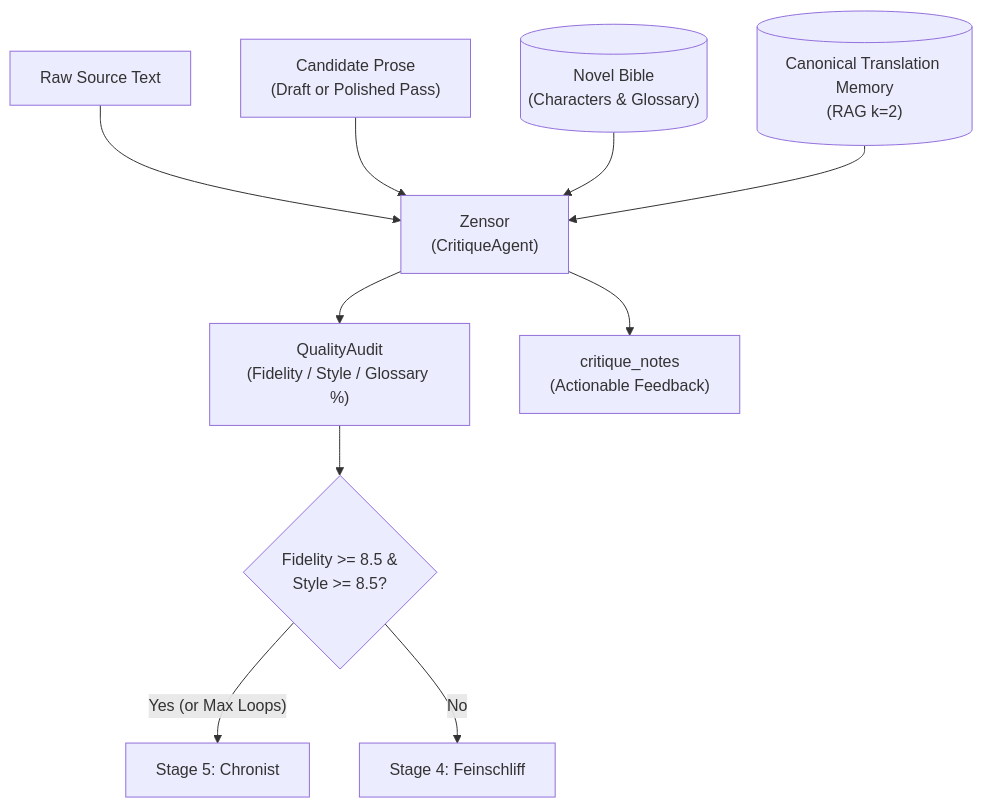
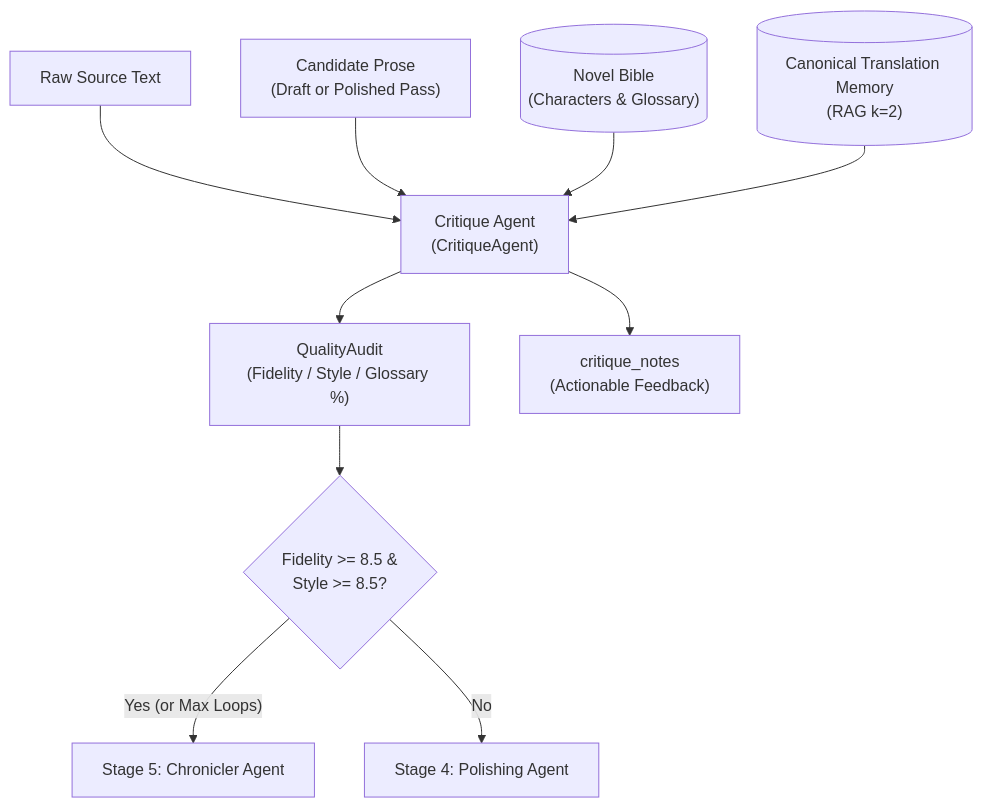
One commit to Checkmartyr/NouSetsu changed the diagram in doc/agents/03_critic.md. Above: the diagram before and after it, drawn with Mermaid. The commit also changed other lines of this file and 29 other files, not shown here.

````diff
--- a/doc/agents/03_critic.md
+++ b/doc/agents/03_critic.md
@@ -22,12 +22,12 @@
 ```mermaid
 graph TD
-    SRC["Raw Source Text"] --> AUDIT["Zensor<br>(CritiqueAgent)"]
+    SRC["Raw Source Text"] --> AUDIT["Critique Agent<br>(CritiqueAgent)"]
     DRAFT["Candidate Prose<br>(Draft or Polished Pass)"] --> AUDIT
     BIBLE[("Novel Bible<br>(Characters & Glossary)")] --> AUDIT
     TM[("Canonical Translation Memory<br>(RAG k=2)")] --> AUDIT
     AUDIT --> SCORE["QualityAudit<br>(Fidelity / Style / Glossary %)"]
     AUDIT --> NOTES["critique_notes<br>(Actionable Feedback)"]
     SCORE --> GATE{"Fidelity >= 8.5 &<br>Style >= 8.5?"}
-    GATE -->|"Yes (or Max Loops)"| NEXT["Stage 5: Chronist"]
-    GATE -->|"No"| POLISH["Stage 4: Feinschliff"]
+    GATE -->|"Yes (or Max Loops)"| NEXT["Stage 5: Chronicler Agent"]
+    GATE -->|"No"| POLISH["Stage 4: Polishing Agent"]
 ```
````
